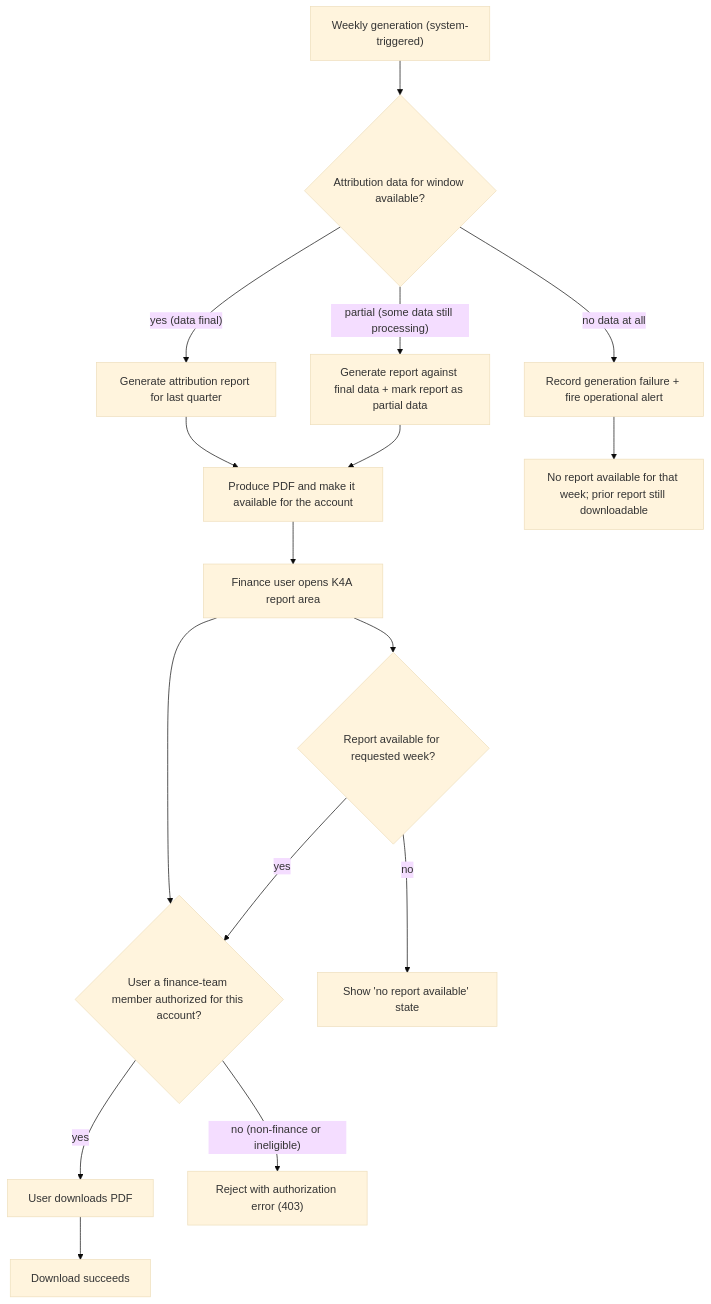
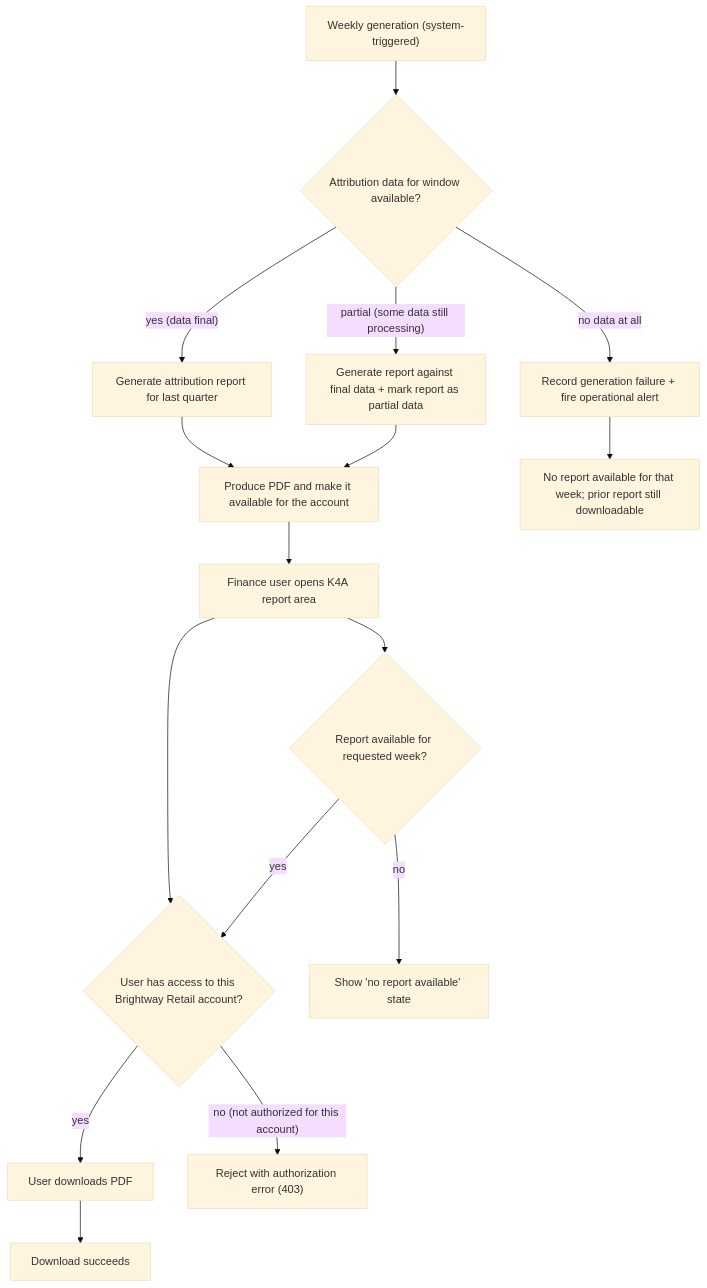
One commit to mayank-kochava/aisdlc-docs-sandbox changed the diagram in docs/16-PRDs/072-k4a-add-weekly-attribution-report-pdf-download/product-spec.md. Above: the diagram before and after it, drawn with Mermaid (base theme). The commit also changed other lines of this file and 2 other files, not shown here.

````diff
--- a/docs/16-PRDs/072-k4a-add-weekly-attribution-report-pdf-download/product-spec.md
+++ b/docs/16-PRDs/072-k4a-add-weekly-attribution-report-pdf-download/product-spec.md
@@ -39,18 +39,18 @@
 ```mermaid
 flowchart TD
     A["Weekly generation (system-triggered)"] --> B{"Attribution data for window available?"}
     B -->|"yes (data final)"| C["Generate attribution report for last quarter"]
     B -->|"partial (some data still processing)"| D["Generate report against final data + mark report as partial data"]
     B -->|"no data at all"| E["Record generation failure + fire operational alert"]
     C --> F["Produce PDF and make it available for the account"]
     D --> F
     F --> G["Finance user opens K4A report area"]
-    G --> H{"User a finance-team member authorized for this account?"}
+    G --> H{"User has access to this Brightway Retail account?"}
     H -->|"yes"| I["User downloads PDF"]
-    H -->|"no (non-finance or ineligible)"| J["Reject with authorization error (403)"]
+    H -->|"no (not authorized for this account)"| J["Reject with authorization error (403)"]
     I --> K["Download succeeds"]
     E --> L["No report available for that week; prior report still downloadable"]
     G --> M{"Report available for requested week?"}
     M -->|"no"| N["Show 'no report available' state"]
     M -->|"yes"| H
 ```
````
